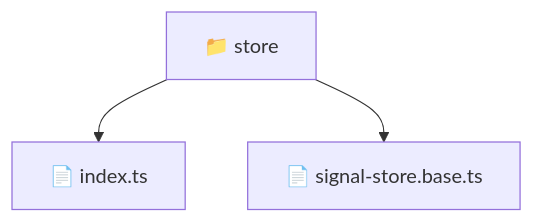
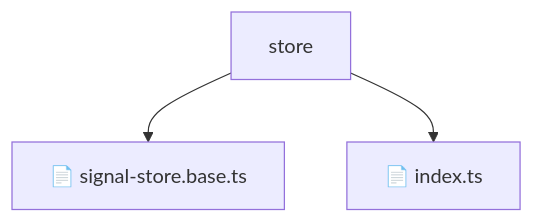
Before and after one commit to beginwebdev2002/fullstack-mavluda: the diagram in frontend/src/shared/store/README.md, drawn with Mermaid. The commit also changed other lines of this file and 155 other files, not shown here.

````diff
--- a/frontend/src/shared/store/README.md
+++ b/frontend/src/shared/store/README.md
@@ -10,6 +14,6 @@
 ```mermaid
 graph TD
-  Root["📁 store"]
-  Root --> indexts["📄 index.ts"]
-  Root --> signalstorebasets["📄 signal-store.base.ts"]
+    Root[store]
+    Root --> F0[📄 signal-store.base.ts]
+    Root --> F1[📄 index.ts]
 ```
````
